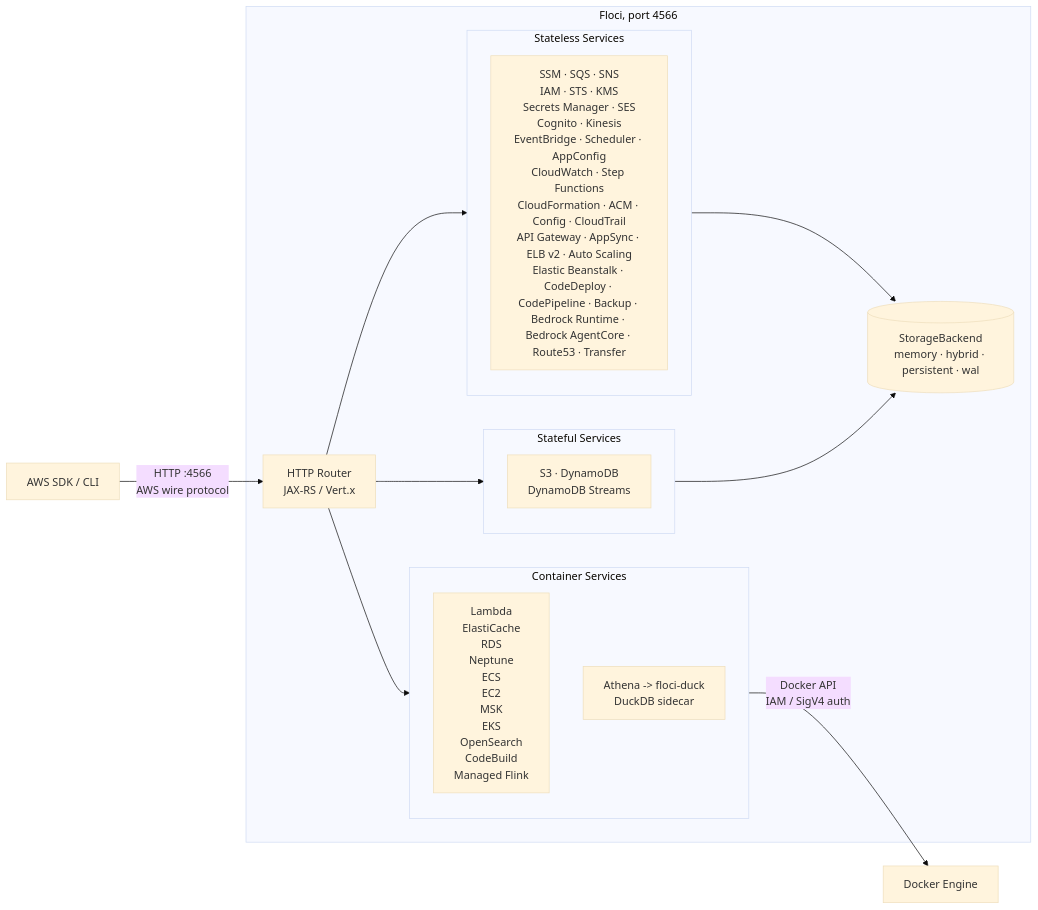
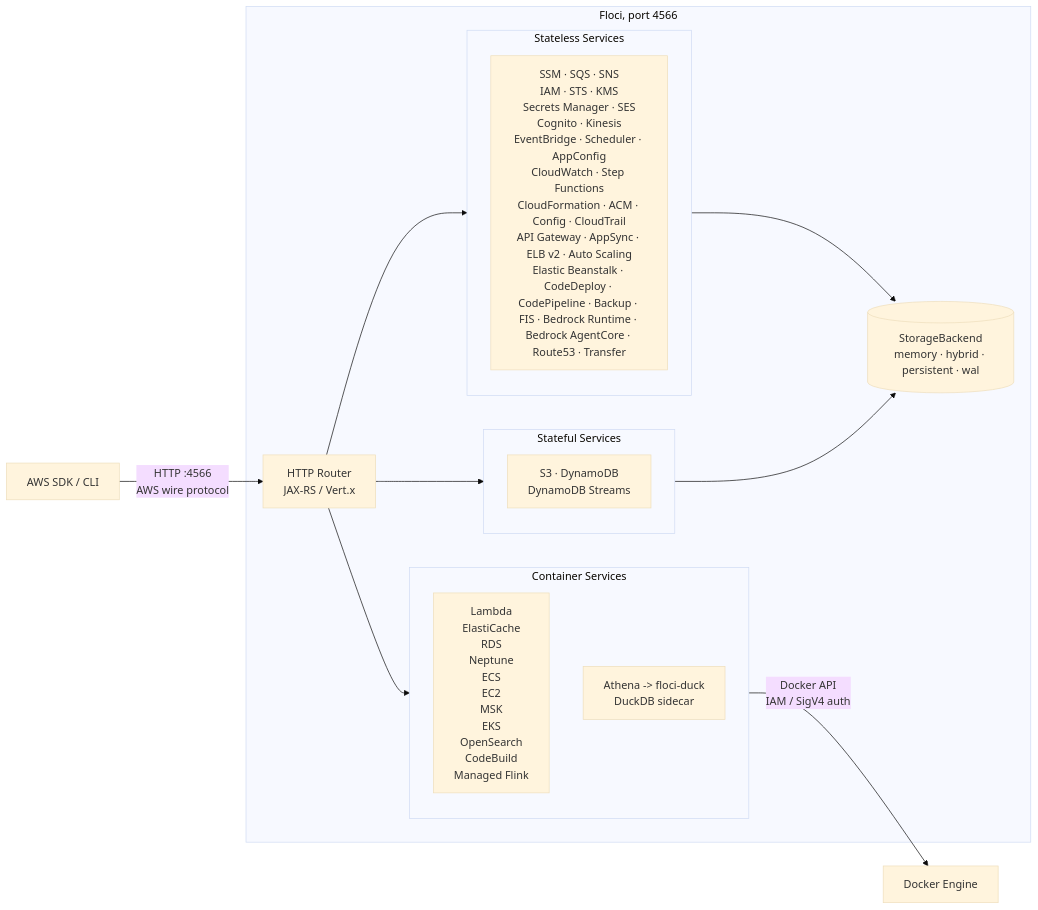
Before and after one commit to floci-io/floci: the diagram in README.md, drawn with Mermaid (base theme).

Commit message:
docs(readme): restore FIS to the architecture diagram lost in the main merge

````diff
--- a/README.md
+++ b/README.md
@@ -185,30 +185,30 @@
 ```mermaid
 flowchart LR
     Client["AWS SDK / CLI"]
 
     subgraph Floci ["Floci, port 4566"]
         Router["HTTP Router\nJAX-RS / Vert.x"]
 
         subgraph Stateless ["Stateless Services"]
-            A["SSM · SQS · SNS\nIAM · STS · KMS\nSecrets Manager · SES\nCognito · Kinesis\nEventBridge · Scheduler · AppConfig\nCloudWatch · Step Functions\nCloudFormation · ACM · Config · CloudTrail\nAPI Gateway · AppSync · ELB v2 · Auto Scaling\nElastic Beanstalk · CodeDeploy · CodePipeline · Backup · Bedrock Runtime · Bedrock AgentCore · Route53 · Transfer"]
+            A["SSM · SQS · SNS\nIAM · STS · KMS\nSecrets Manager · SES\nCognito · Kinesis\nEventBridge · Scheduler · AppConfig\nCloudWatch · Step Functions\nCloudFormation · ACM · Config · CloudTrail\nAPI Gateway · AppSync · ELB v2 · Auto Scaling\nElastic Beanstalk · CodeDeploy · CodePipeline · Backup · FIS · Bedrock Runtime · Bedrock AgentCore · Route53 · Transfer"]
         end
 
         subgraph Stateful ["Stateful Services"]
             B["S3 · DynamoDB\nDynamoDB Streams"]
         end
 
         subgraph Containers ["Container Services"]
             C["Lambda\nElastiCache\nRDS\nNeptune\nECS\nEC2\nMSK\nEKS\nOpenSearch\nCodeBuild\nManaged Flink"]
             D["Athena -> floci-duck\nDuckDB sidecar"]
         end
 
         Router --> Stateless
         Router --> Stateful
         Router --> Containers
         Stateless & Stateful --> Store[("StorageBackend\nmemory · hybrid · persistent · wal")]
     end
 
     Docker["Docker Engine"]
     Client -->|"HTTP :4566\nAWS wire protocol"| Router
     Containers -->|"Docker API\nIAM / SigV4 auth"| Docker
 ```
````
